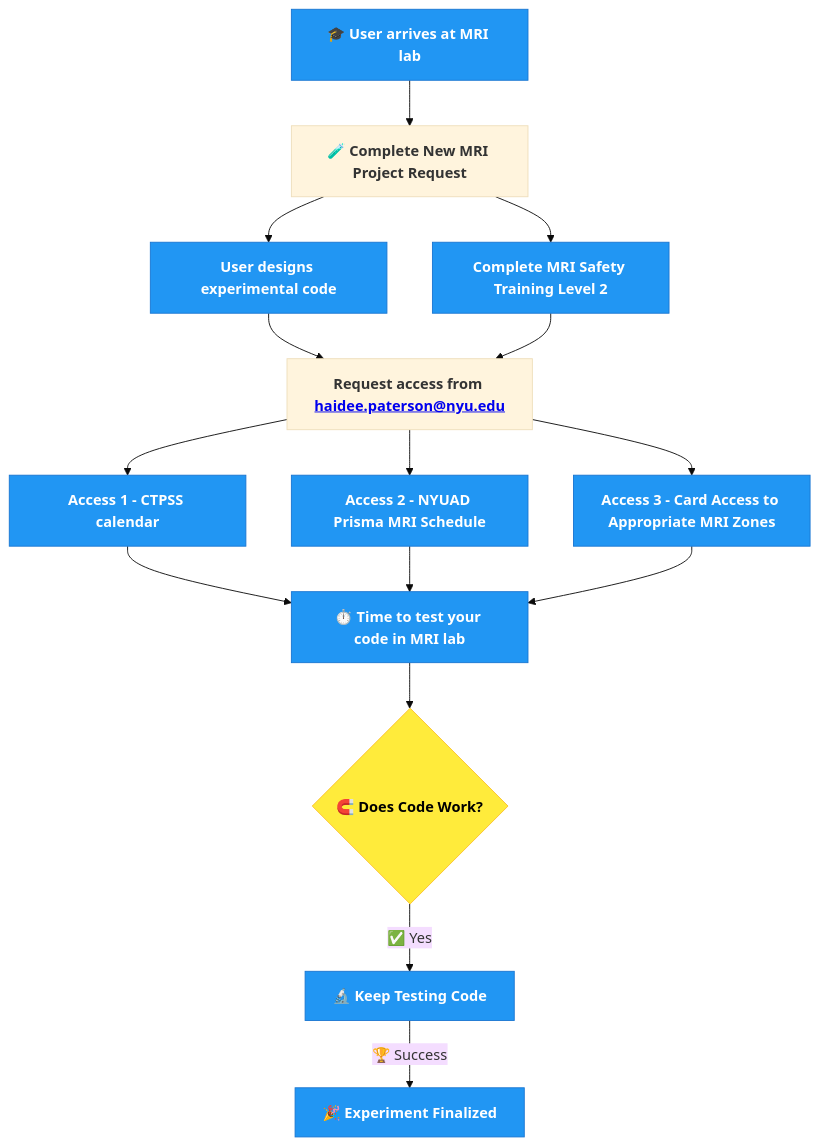
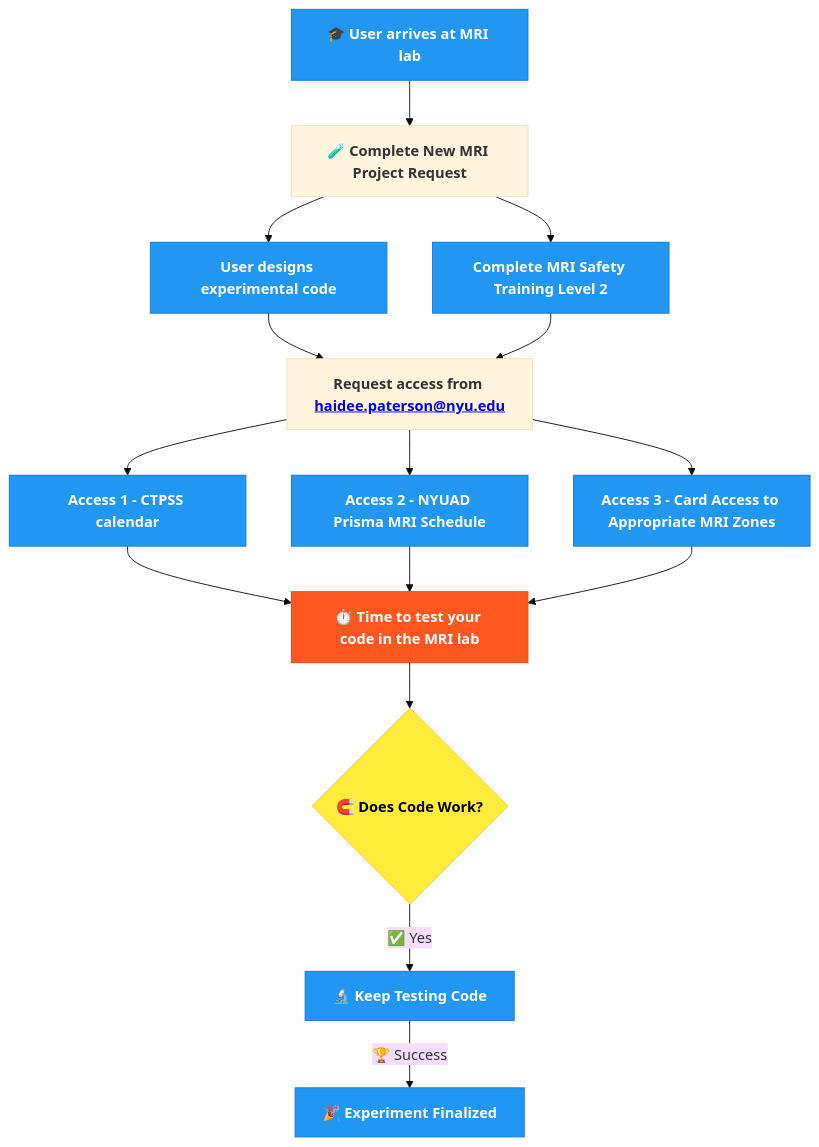
Before and after one commit to BioMedicalImaging-Core-NYUAD/brainimaging-lab-documentation: the diagram in docs/source/1-lab_overview/3-process_diagram.rst, drawn with Mermaid (base theme).

Commit message:
added link

```diff
--- a/docs/source/1-lab_overview/3-process_diagram.rst
+++ b/docs/source/1-lab_overview/3-process_diagram.rst
@@ -5,32 +5,33 @@
 .. mermaid::
 
   graph TD;
     A[🎓 <b>User arrives at MRI lab</b>] --> B[🧪 <b>Complete New MRI Project Request</b>];
     B --> C[<b>User designs experimental code</b>];
     B --> D[<b>Complete MRI Safety Training Level 2</b>];
     C --> E[<b>Request access from <a href="mailto:haidee.paterson@nyu.edu">haidee.paterson@nyu.edu</a></b>];
     D --> E;
     E --> F[<b>Access 1 - CTPSS calendar</b>];
     E --> G[<b>Access 2 - NYUAD Prisma MRI Schedule</b>];
     E --> H[<b>Access 3 - Card Access to Appropriate MRI Zones</b>];
-    F --> I[⏱️ <b>Time to test your code in MRI lab</b>];
+    F --> I[⏱️ <b>Time to test your code in the MRI lab</b>];
     G --> I;
     H --> I;
     I --> J{🧲️ <b>Does Code Work?</b>};
     J --✅ Yes --> K[🔬 <b>Keep Testing Code</b>];
     K -->|🏆 Success| L[🎉 <b>Experiment Finalized</b>];
 
     %% Clickable Nodes
     click B "https://drive.google.com/file/d/10Py1KSAsktpCjU6c3lLuWLqVL2a5ofee/view?usp=drive_link"
     click D "https://app.imagingu.com/courses/personnel-group-ii-yearly"
     click E "mailto:haidee.paterson@nyu.edu" "Email haidee.paterson@nyu.edu"
     click F "https://corelabs.abudhabi.nyu.edu/"
 
     %% Style Definitions
     classDef success fill:#4CAF50,stroke:#2E7D32,color:#fff;
     classDef decision fill:#FFEB3B,stroke:#FBC02D,color:#000;
     classDef process fill:#2196F3,stroke:#1976D2,color:#fff;
     classDef warning fill:#FF5722,stroke:#E64A19,color:#fff;
 
-    class A,C,D,F,G,H,I,K,L process;
+    class A,C,D,F,G,H,K,L process;
+    class I warning;
     class J decision;
```
